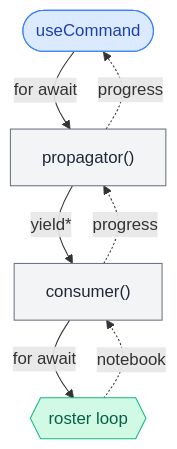
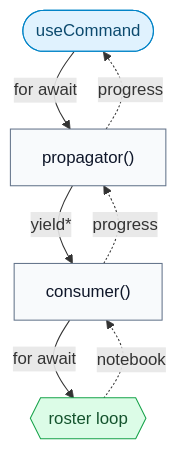
One commit to correxit/correxit changed the first of 2 diagrams in DESIGN.md. Above: the diagram before and after it, drawn with Mermaid. The commit also changed other lines of this file and 3 other files, not shown here.

Commit message:
docs: Update the Correxit design document flow diagrams (#38)

````diff
--- a/DESIGN.md
+++ b/DESIGN.md
@@ -131,18 +124,18 @@
 ```mermaid
-graph TB
-    classDef ui fill:#dbeafe,stroke:#3b82f6,color:#1e40af
-    classDef gen fill:#f3f4f6,stroke:#6b7280,color:#1f2937
-    classDef src fill:#d1fae5,stroke:#10b981,color:#065f46
+flowchart TB
+  classDef ui fill:#e0f2fe,stroke:#0284c7,color:#0c4a6e,stroke-width:1px
+  classDef gen fill:#f8fafc,stroke:#64748b,color:#0f172a,stroke-width:1px
+  classDef src fill:#dcfce7,stroke:#16a34a,color:#14532d,stroke-width:1px
 
     UI(["useCommand"]):::ui
     P["propagator()"]:::gen
     C["consumer()"]:::gen
     R{{"roster loop"}}:::src
 
-    UI -- for await --> P
-    P -- "yield*" --> C
-    C -- for await --> R
-    R -. notebook .-> C
-    C -. progress .-> P
-    P -. progress .-> UI
+  UI -->|for await| P
+  P -->|yield*| C
+  C -->|for await| R
+  R -. notebook .-> C
+  C -. progress .-> P
+  P -. progress .-> UI
 ```
````
